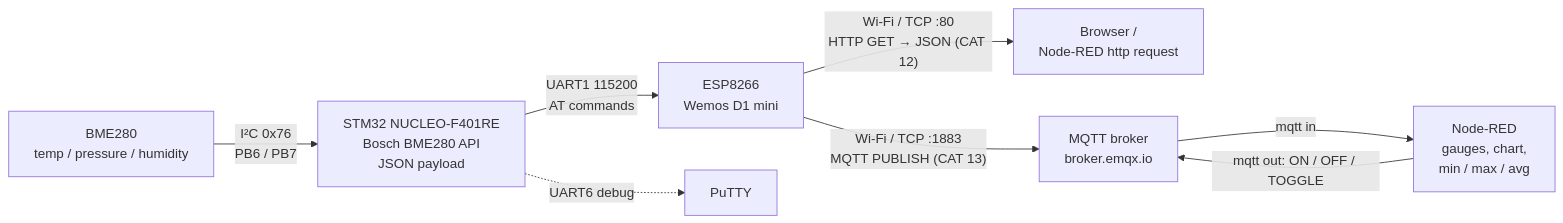
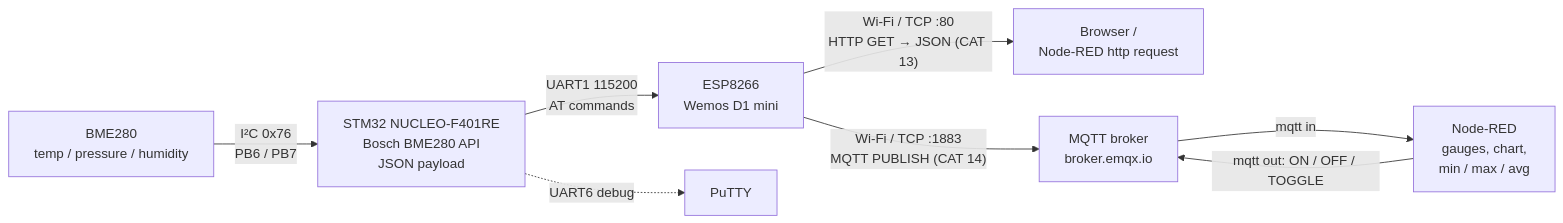
Before and after one commit to vich2601-blip/25011102089_FIoT_LAB: the diagram in README.md, drawn with Mermaid. The commit also changed other lines of this file and 772 other files, not shown here.

Commit message:
Number STM32 CATs by week, add CAT15 project, PNG data-flow diagrams

````diff
--- a/README.md
+++ b/README.md
@@ -87,10 +99,10 @@
 ```mermaid
 flowchart LR
     BME["BME280<br/>temp / pressure / humidity"] -- "I²C 0x76<br/>PB6 / PB7" --> MCU["STM32 NUCLEO-F401RE<br/>Bosch BME280 API<br/>JSON payload"]
     MCU -- "UART1 115200<br/>AT commands" --> ESP["ESP8266<br/>Wemos D1 mini"]
     MCU -. "UART6 debug" .-> PC["PuTTY"]
-    ESP -- "Wi-Fi / TCP :80<br/>HTTP GET → JSON (CAT 12)" --> HTTP["Browser /<br/>Node-RED http request"]
-    ESP -- "Wi-Fi / TCP :1883<br/>MQTT PUBLISH (CAT 13)" --> BROKER["MQTT broker<br/>broker.emqx.io"]
+    ESP -- "Wi-Fi / TCP :80<br/>HTTP GET → JSON (CAT 13)" --> HTTP["Browser /<br/>Node-RED http request"]
+    ESP -- "Wi-Fi / TCP :1883<br/>MQTT PUBLISH (CAT 14)" --> BROKER["MQTT broker<br/>broker.emqx.io"]
     BROKER -- "mqtt in" --> NR["Node-RED<br/>gauges, chart,<br/>min / max / avg"]
     NR -- "mqtt out: ON / OFF / TOGGLE" --> BROKER
 ```
````
